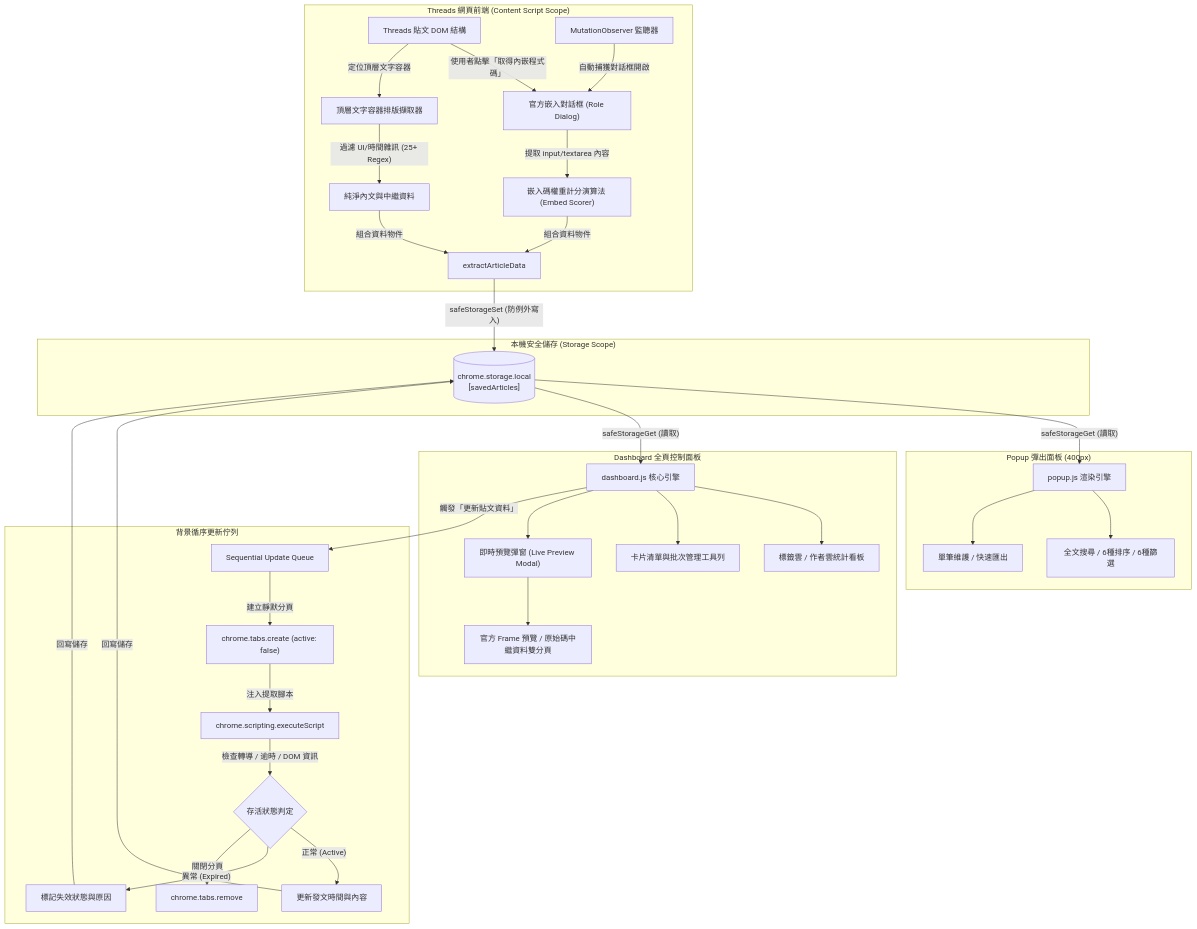
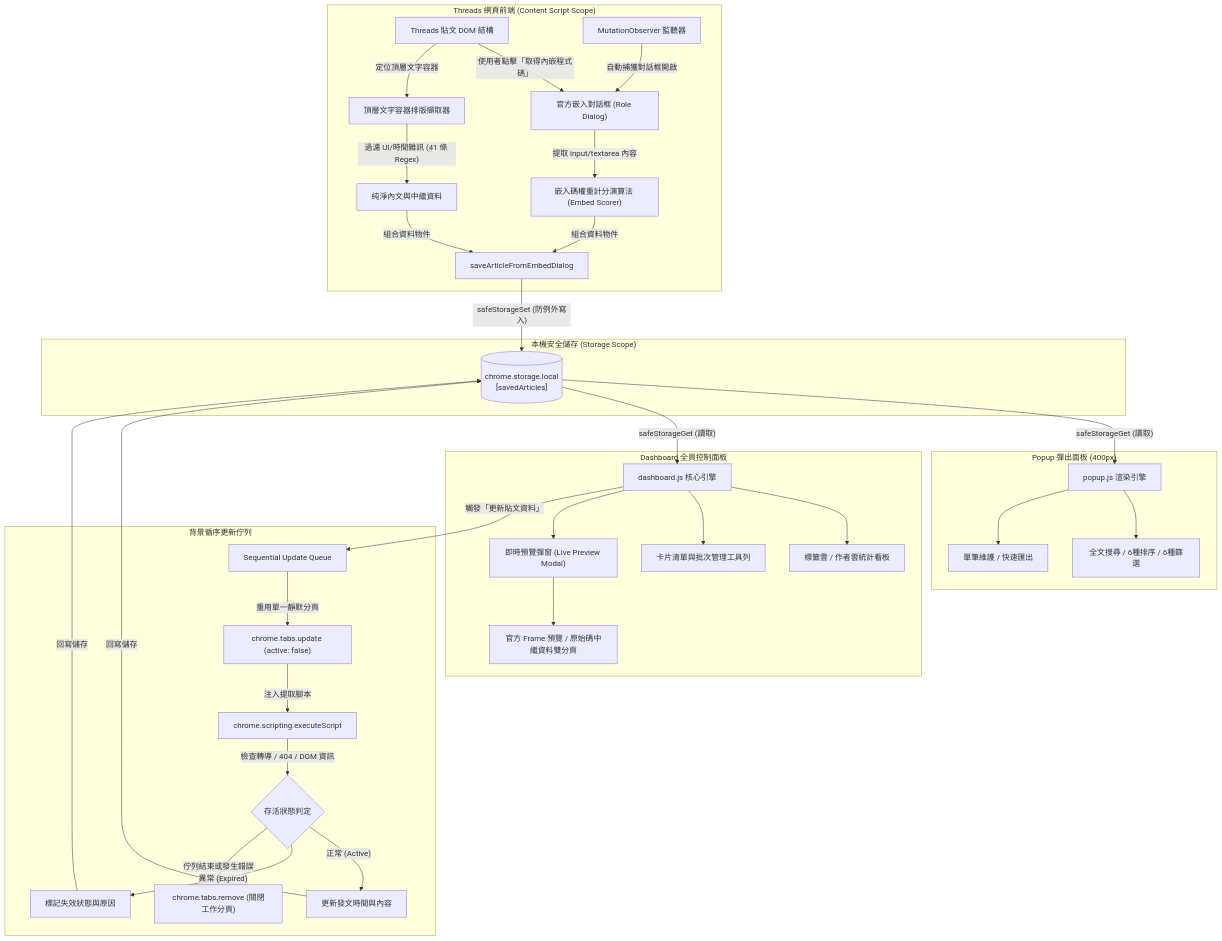
Before and after one commit to Scorpio-meow/Threads-embedded-code: the first of 3 diagrams in README.md, drawn with Mermaid. The commit also changed other lines of this file and 5 other files, not shown here.

````diff
--- a/README.md
+++ b/README.md
@@ -304,40 +310,40 @@
 ```mermaid
 flowchart TD
     subgraph ClientThreadsPage["Threads 網頁前端 (Content Script Scope)"]
         A["Threads 貼文 DOM 結構"] -->|"使用者點擊「取得內嵌程式碼」"| B["官方嵌入對話框 (Role Dialog)"]
         C["MutationObserver 監聽器"] -->|"自動捕獲對話框開啟"| B
         B -->|"提取 input/textarea 內容"| D["嵌入碼權重計分演算法 (Embed Scorer)"]
         A -->|"定位頂層文字容器"| E["頂層文字容器排版擷取器"]
-        E -->|"過濾 UI/時間雜訊 (25+ Regex)"| F["純淨內文與中繼資料"]
-        D & F -->|"組合資料物件"| G["extractArticleData"]
+        E -->|"過濾 UI/時間雜訊 (41 條 Regex)"| F["純淨內文與中繼資料"]
+        D & F -->|"組合資料物件"| G["saveArticleFromEmbedDialog"]
     end
 
     subgraph LocalDatabase["本機安全儲存 (Storage Scope)"]
         G -->|"safeStorageSet (防例外寫入)"| H[("chrome.storage.local\n[savedArticles]")]
     end
 
     subgraph PopupView["Popup 彈出面板 (400px)"]
         H -->|"safeStorageGet (讀取)"| I["popup.js 渲染引擎"]
         I --> J["全文搜尋 / 6種排序 / 6種篩選"]
         I --> K["單筆維護 / 快速匯出"]
     end
 
     subgraph DashboardView["Dashboard 全頁控制面板"]
         H -->|"safeStorageGet (讀取)"| L["dashboard.js 核心引擎"]
         L --> M["標籤雲 / 作者雲統計看板"]
         L --> N["卡片清單與批次管理工具列"]
         L --> O["即時預覽彈窗 (Live Preview Modal)"]
         O --> P["官方 Frame 預覽 / 原始碼中繼資料雙分頁"]
     end
 
     subgraph BackgroundQueue["背景循序更新佇列"]
         L -->|"觸發「更新貼文資料」"| Q["Sequential Update Queue"]
-        Q -->|"建立靜默分頁"| R["chrome.tabs.create (active: false)"]
+        Q -->|"重用單一靜默分頁"| R["chrome.tabs.update (active: false)"]
         R -->|"注入提取腳本"| S["chrome.scripting.executeScript"]
-        S -->|"檢查轉導 / 逾時 / DOM 資訊"| T{"存活狀態判定"}
+        S -->|"檢查轉導 / 404 / DOM 資訊"| T{"存活狀態判定"}
         T -->|"正常 (Active)"| U["更新發文時間與內容"]
         T -->|"異常 (Expired)"| V["標記失效狀態與原因"]
         U & V -->|"回寫儲存"| H
-        T -->|"關閉分頁"| W["chrome.tabs.remove"]
+        T -->|"佇列結束或發生錯誤"| W["chrome.tabs.remove (關閉工作分頁)"]
     end
 ```
````
